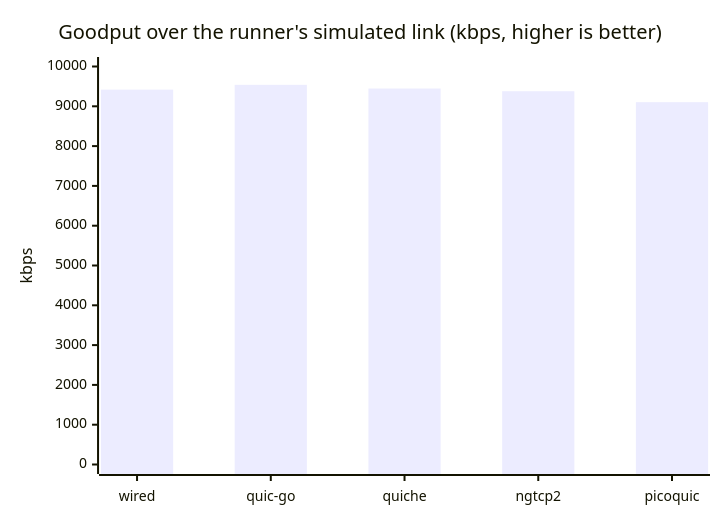
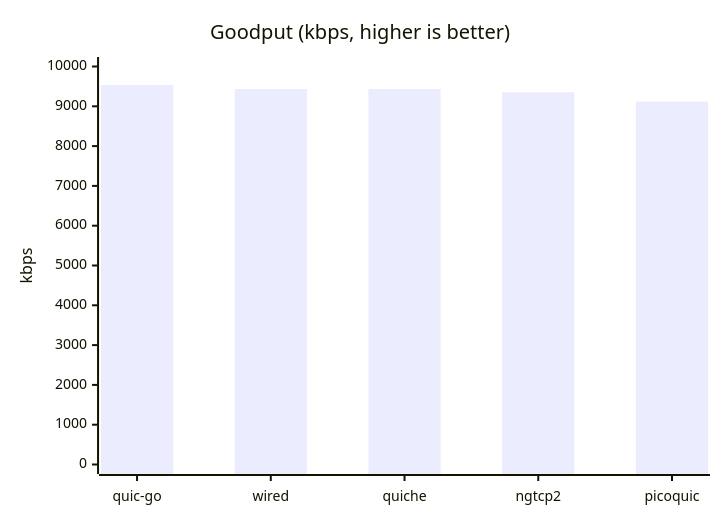
One commit to Hakkadaikon/wired changed the first of 3 diagrams in docs/performance/comparison.md. Above: the diagram before and after it, drawn with Mermaid. The commit also changed other lines of this file and 4 other files, not shown here.

````diff
--- a/docs/performance/comparison.md
+++ b/docs/performance/comparison.md
@@ -200,7 +62,7 @@
 ```mermaid
 xychart-beta
-    title "Goodput over the runner's simulated link (kbps, higher is better)"
-    x-axis ["wired", "quic-go", "quiche", "ngtcp2", "picoquic"]
+    title "Goodput (kbps, higher is better)"
+    x-axis ["quic-go", "wired", "quiche", "ngtcp2", "picoquic"]
     y-axis "kbps" 0 --> 10000
-    bar [9419, 9540, 9447, 9379, 9103]
+    bar [9535, 9434, 9434, 9352, 9118]
 ```
````
